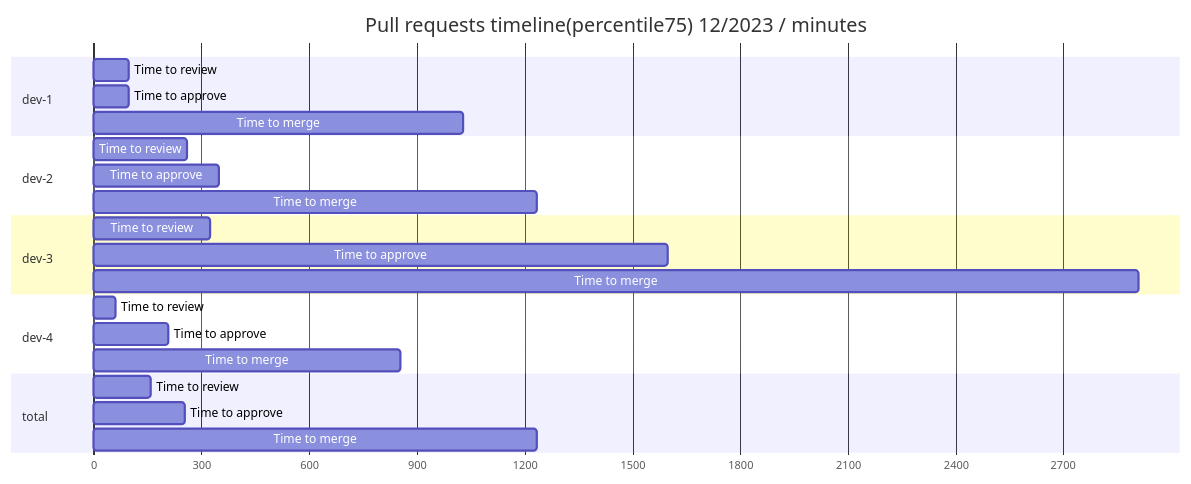
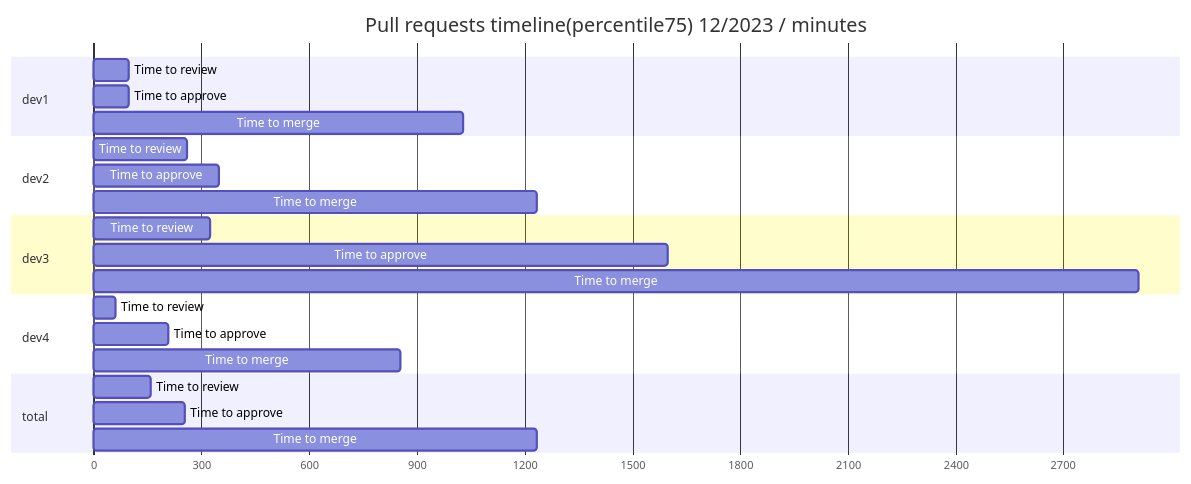
The first of 2 diagrams in README.md (AlexSim93/pull-request-analytics-action), drawn with Mermaid before and after one commit. The commit also changed other lines of this file, not shown here.

````diff
--- a/README.md
+++ b/README.md
@@ -28,31 +28,31 @@
   ```mermaid
   gantt
   title Pull requests timeline(percentile75) 12/2023 / minutes
   dateFormat X
   axisFormat %s
-  section dev-1
+  section dev1
   Time to review :  0, 99
   Time to approve :  0, 99
   Time to merge :  0, 1030
 
-  section dev-2
+  section dev2
   Time to review :  0, 260
   Time to approve :  0, 348
   Time to merge :  0, 1233
 
-  section dev-3
+  section dev3
   Time to review :  0, 325
   Time to approve :  0, 1600
   Time to merge :  0, 2910
 
-  section dev-4
+  section dev4
   Time to review :  0, 60
   Time to approve :  0, 207
   Time to merge :  0, 854
 
   section total
   Time to review :  0, 159
   Time to approve :  0, 254
   Time to merge :  0, 1233
 
   ```
````
